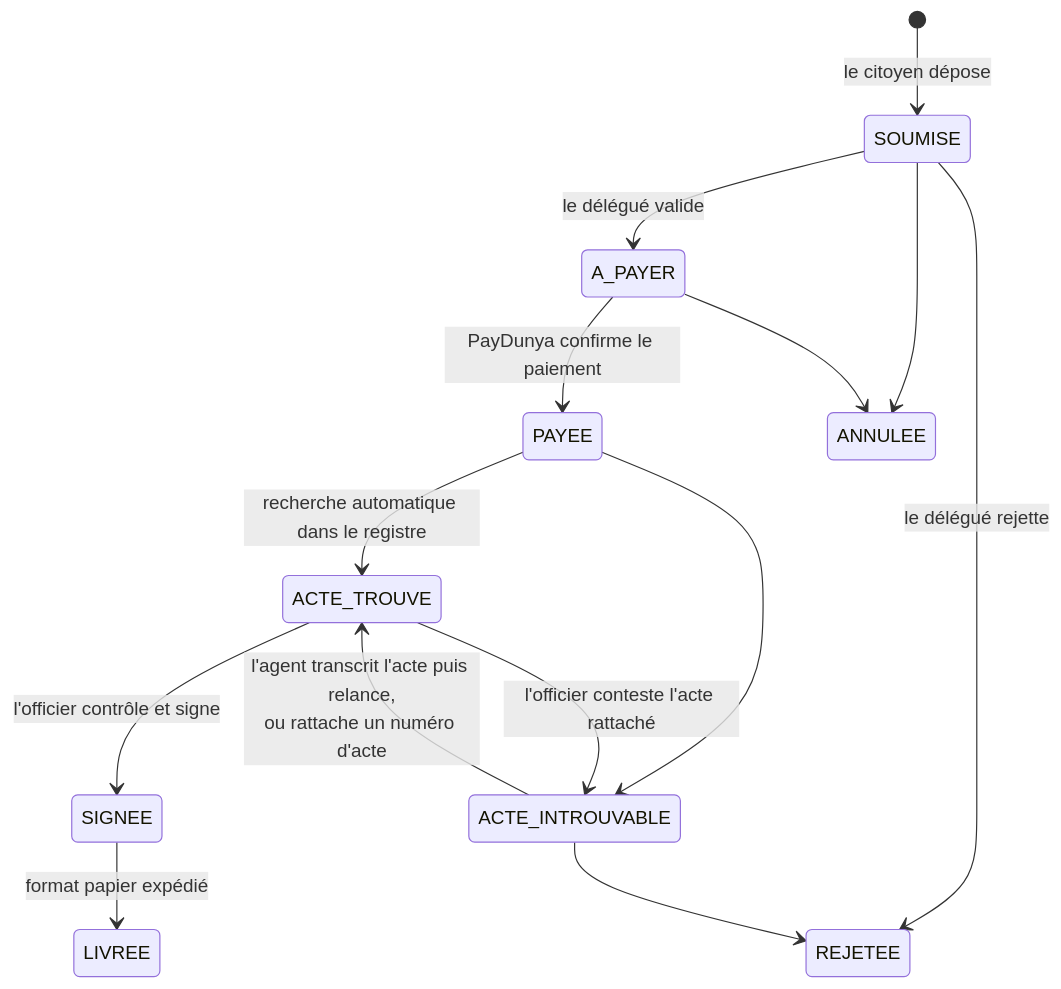
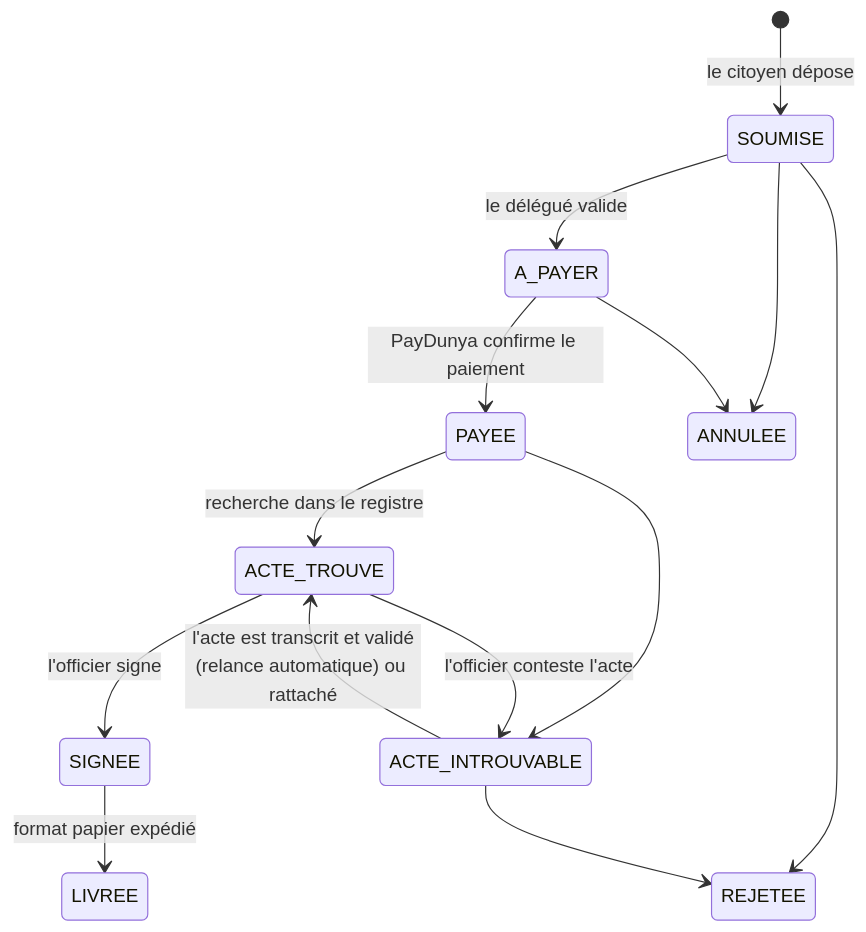
Before and after one commit to AdjaAissatou/E-Civil: the second of 2 diagrams in README.md, drawn with Mermaid. The commit also changed other lines of this file and 130 other files, not shown here.

````diff
--- a/README.md
+++ b/README.md
@@ -26,16 +88,16 @@
 ```mermaid
 stateDiagram-v2
     [*] --> SOUMISE : le citoyen dépose
     SOUMISE --> A_PAYER : le délégué valide
-    SOUMISE --> REJETEE : le délégué rejette
+    SOUMISE --> REJETEE
     A_PAYER --> PAYEE : PayDunya confirme le paiement
-    PAYEE --> ACTE_TROUVE : recherche automatique dans le registre
+    PAYEE --> ACTE_TROUVE : recherche dans le registre
     PAYEE --> ACTE_INTROUVABLE
-    ACTE_INTROUVABLE --> ACTE_TROUVE : l'agent transcrit l'acte puis relance,<br/>ou rattache un numéro d'acte
+    ACTE_INTROUVABLE --> ACTE_TROUVE : l'acte est transcrit et validé<br/>(relance automatique) ou rattaché
     ACTE_INTROUVABLE --> REJETEE
-    ACTE_TROUVE --> SIGNEE : l'officier contrôle et signe
-    ACTE_TROUVE --> ACTE_INTROUVABLE : l'officier conteste l'acte rattaché
+    ACTE_TROUVE --> SIGNEE : l'officier signe
+    ACTE_TROUVE --> ACTE_INTROUVABLE : l'officier conteste l'acte
     SIGNEE --> LIVREE : format papier expédié
     SOUMISE --> ANNULEE
     A_PAYER --> ANNULEE
 ```
````
